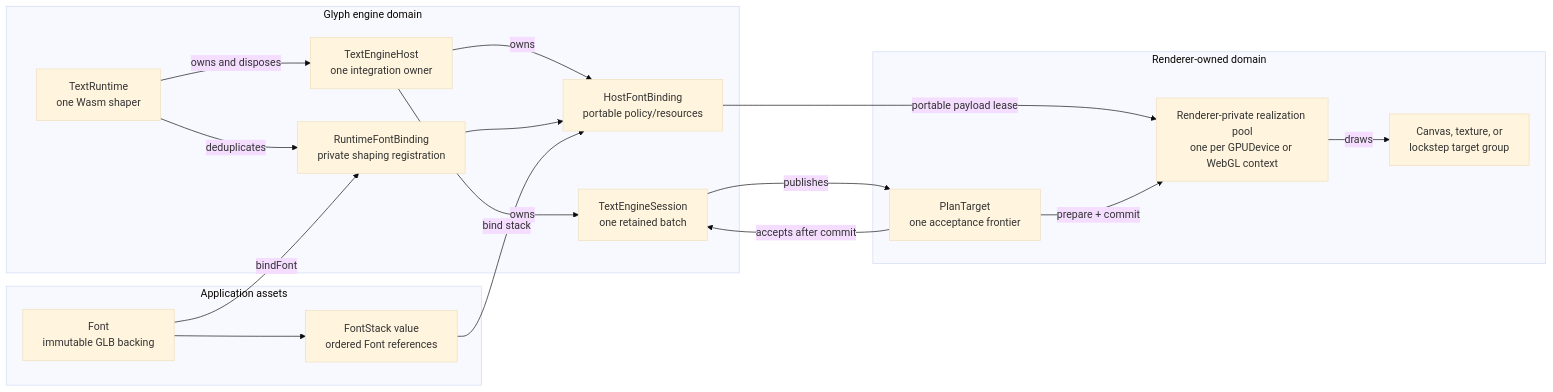
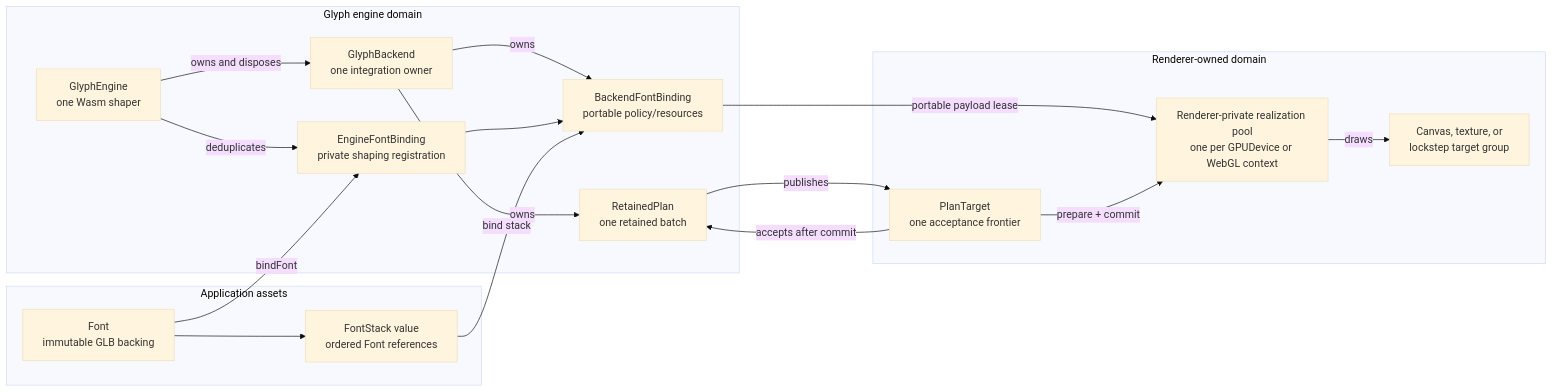
One commit to pmndrs/glyph changed the first of 9 diagrams in docs/planning/font-runtime-ownership.md. Above: the diagram before and after it, drawn with Mermaid (base theme). The commit also changed other lines of this file and 82 other files, not shown here.

````diff
--- a/docs/planning/font-runtime-ownership.md
+++ b/docs/planning/font-runtime-ownership.md
@@ -84,34 +82,34 @@
 ```mermaid
 flowchart LR
   subgraph Assets[Application assets]
     F[Font\nimmutable GLB backing]
     FS[FontStack value\nordered Font references]
     F --> FS
   end
 
   subgraph Engine[Glyph engine domain]
-    R[TextRuntime\none Wasm shaper]
-    H[TextEngineHost\none integration owner]
-    RB[RuntimeFontBinding\nprivate shaping registration]
-    HB[HostFontBinding\nportable policy/resources]
-    S[TextEngineSession\none retained batch]
+    R[GlyphEngine\none Wasm shaper]
+    H[GlyphBackend\none integration owner]
+    RB[EngineFontBinding\nprivate shaping registration]
+    HB[BackendFontBinding\nportable policy/resources]
+    S[RetainedPlan\none retained batch]
     R -->|owns and disposes| H
     R -->|deduplicates| RB
     H -->|owns| HB
     H -->|owns| S
     F -->|bindFont| RB
     RB --> HB
     FS -->|bind stack| HB
   end
 
   subgraph Renderer[Renderer-owned domain]
     T[PlanTarget\none acceptance frontier]
     P[Renderer-private realization pool\none per GPUDevice or WebGL context]
     C[Canvas, texture, or\nlockstep target group]
     S -->|publishes| T
     HB -->|portable payload lease| P
     T -->|prepare + commit| P
     P -->|draws| C
     T -->|accepts after commit| S
   end
 ```
````
